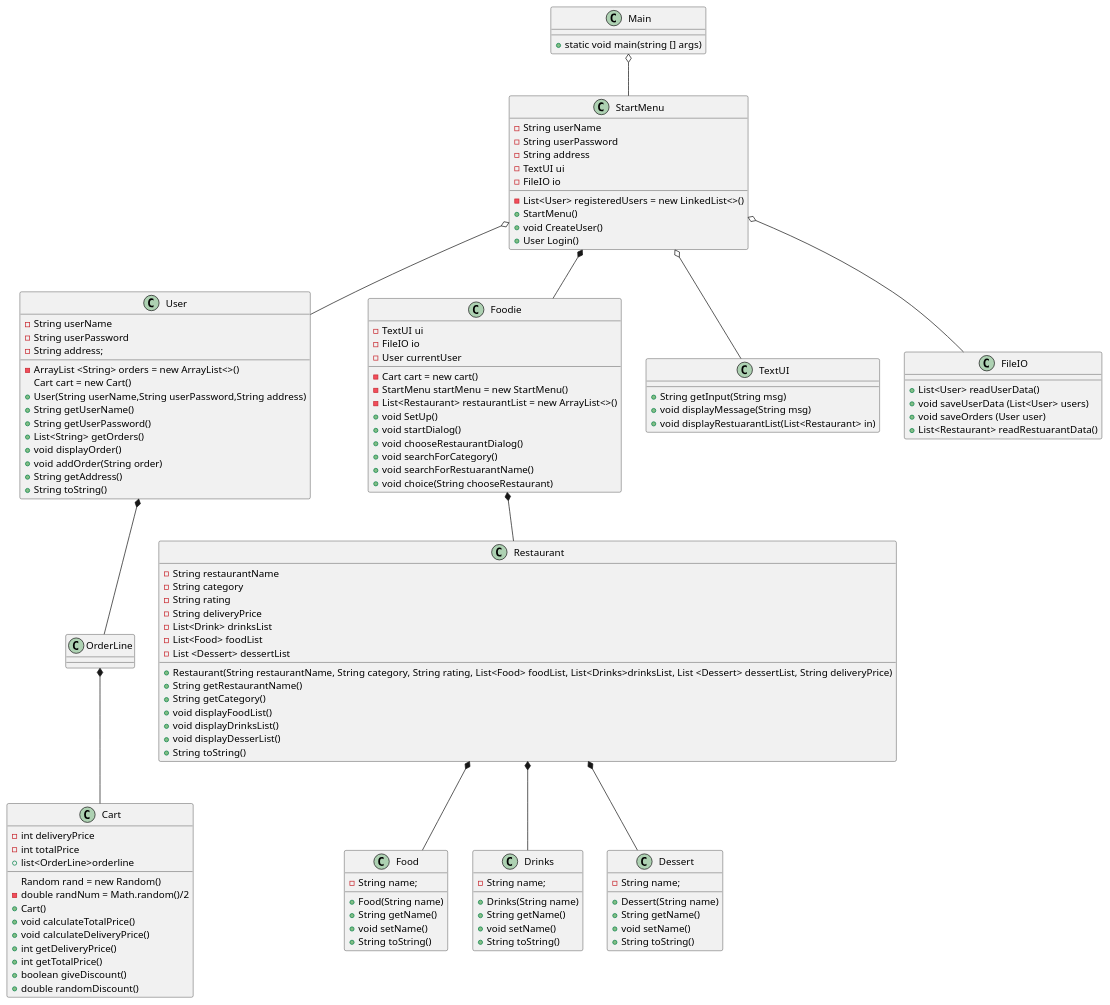
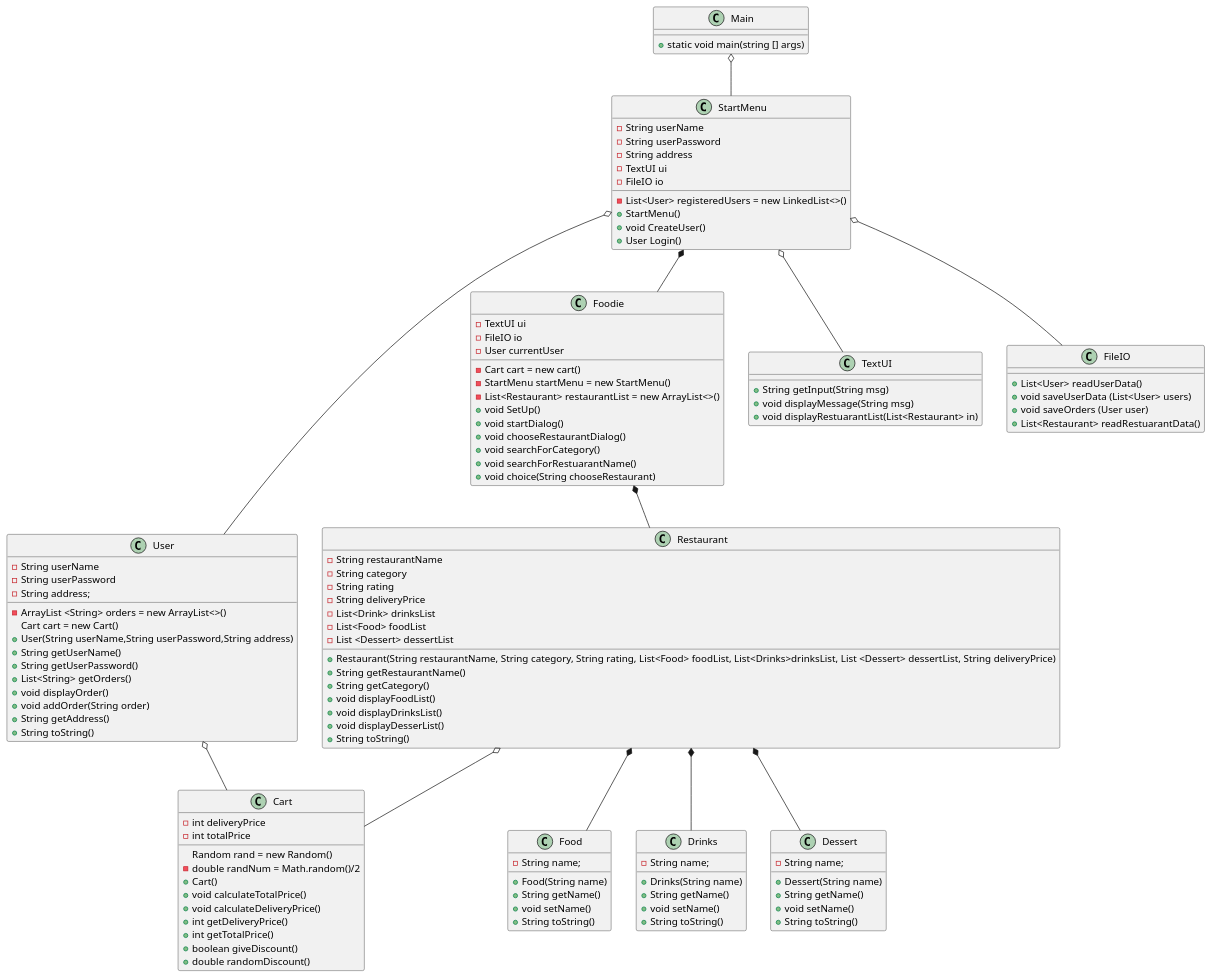
The diagram in Doc/ClassDiagram1.3.puml (Madihakhan1/ICE-2024), drawn with PlantUML before and after one commit.

Commit message:
Changes by Agnethe Christensen

```diff
--- a/Doc/ClassDiagram1.3.puml
+++ b/Doc/ClassDiagram1.3.puml
@@ -1,144 +1,139 @@
 @startuml
 'https://plantuml.com/object-diagram
 
 class Main{
 + static void main(string [] args)
 }
 
 class StartMenu{
 - String userName
 - String userPassword
 - String address
 - List<User> registeredUsers = new LinkedList<>()
 - TextUI ui
 - FileIO io
 + StartMenu()
 + void CreateUser()
 + User Login()
 }
 
 class User{
 - String userName
 - String userPassword
 - String address;
 - ArrayList <String> orders = new ArrayList<>()
   Cart cart = new Cart()
 + User(String userName,String userPassword,String address)
 + String getUserName()
 + String getUserPassword()
 + List<String> getOrders()
 + void displayOrder()
 + void addOrder(String order)
 + String getAddress()
 + String toString()
 }
 
-class OrderLine{
-
-}
-
 
 class Cart{
 Random rand = new Random()
 - int deliveryPrice
 - int totalPrice
 - double randNum = Math.random()/2
-+ list<OrderLine>orderline
 + Cart()
 + void calculateTotalPrice()
 + void calculateDeliveryPrice()
 + int getDeliveryPrice()
 + int getTotalPrice()
 + boolean giveDiscount()
 + double randomDiscount()
 }
 
  class Restaurant{
 - String restaurantName
 - String category
 - String rating
 - String deliveryPrice
 - List<Drink> drinksList
 - List<Food> foodList
 - List <Dessert> dessertList
 + Restaurant(String restaurantName, String category, String rating, List<Food> foodList, List<Drinks>drinksList, List <Dessert> dessertList, String deliveryPrice)
 + String getRestaurantName()
 + String getCategory()
 + void displayFoodList()
 + void displayDrinksList()
 + void displayDesserList()
 + String toString()
 }
 
 class Foodie{
 - TextUI ui
 - FileIO io
 - Cart cart = new cart()
 - StartMenu startMenu = new StartMenu()
 - User currentUser
 - List<Restaurant> restaurantList = new ArrayList<>()
 + void SetUp()
 + void startDialog()
 + void chooseRestaurantDialog()
 + void searchForCategory()
 + void searchForRestuarantName()
 + void choice(String chooseRestaurant)
 }
 
 class Food{
 - String name;
 + Food(String name)
 + String getName()
 + void setName()
 + String toString()
 }
 
 class Drinks{
 - String name;
 + Drinks(String name)
 + String getName()
 + void setName()
 + String toString()
 }
 
 class Dessert{
 - String name;
 + Dessert(String name)
 + String getName()
 + void setName()
 + String toString()
 }
 
 
 class TextUI{
 + String getInput(String msg)
 + void displayMessage(String msg)
 + void displayRestuarantList(List<Restaurant> in)
 }
 
 class FileIO{
 + List<User> readUserData()
 + void saveUserData (List<User> users)
 + void saveOrders (User user)
 + List<Restaurant> readRestuarantData()
 }
 
 
 Main o-- StartMenu
 
 StartMenu o-- TextUI
 StartMenu o-- FileIO
 StartMenu o-- User
 StartMenu *-- Foodie
 
 Foodie *-- Restaurant
 
-User *-- OrderLine
+Restaurant o-- Cart
 
-OrderLine *-- Cart
+User o-- Cart
 
 Restaurant *-- Food
 Restaurant *-- Drinks
 Restaurant *-- Dessert
 
 @enduml
```
